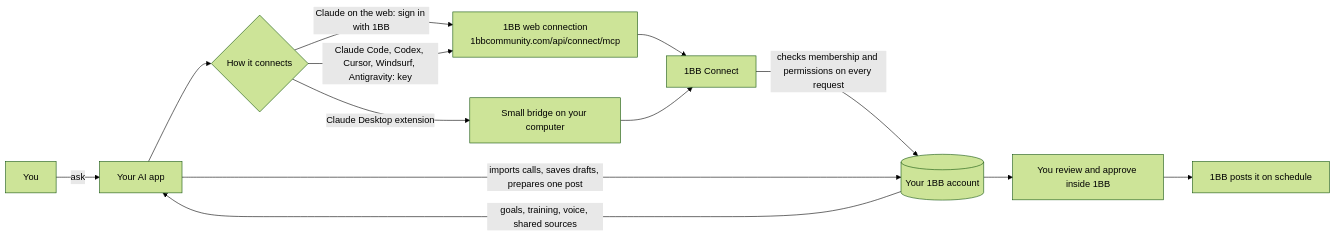
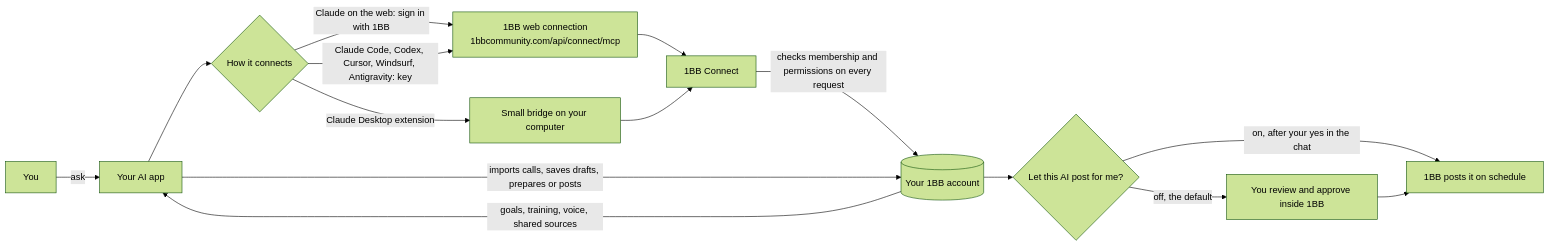
The diagram in README.md (1-Button-Business/1bb-connect-plugins), drawn with Mermaid (forest theme) before and after one commit. The commit also changed other lines of this file and 3 other files, not shown here.

````diff
--- a/README.md
+++ b/README.md
@@ -34,15 +44,17 @@
 ```mermaid
 flowchart LR
   M[You] -->|ask| AI[Your AI app]
   AI --> R{How it connects}
   R -->|Claude on the web: sign in with 1BB| W[1BB web connection<br/>1bbcommunity.com/api/connect/mcp]
   R -->|Claude Code, Codex, Cursor, Windsurf, Antigravity: key| W
   R -->|Claude Desktop extension| B[Small bridge on your computer]
   W --> A[1BB Connect]
   B --> A
   A -->|checks membership and permissions on every request| D[(Your 1BB account)]
   D -->|goals, training, voice, shared sources| AI
-  AI -->|imports calls, saves drafts, prepares one post| D
-  D --> Rev[You review and approve inside 1BB]
+  AI -->|imports calls, saves drafts, prepares or posts| D
+  D --> S{Let this AI post for me?}
+  S -->|off, the default| Rev[You review and approve inside 1BB]
+  S -->|on, after your yes in the chat| P
   Rev --> P[1BB posts it on schedule]
 ```
````
